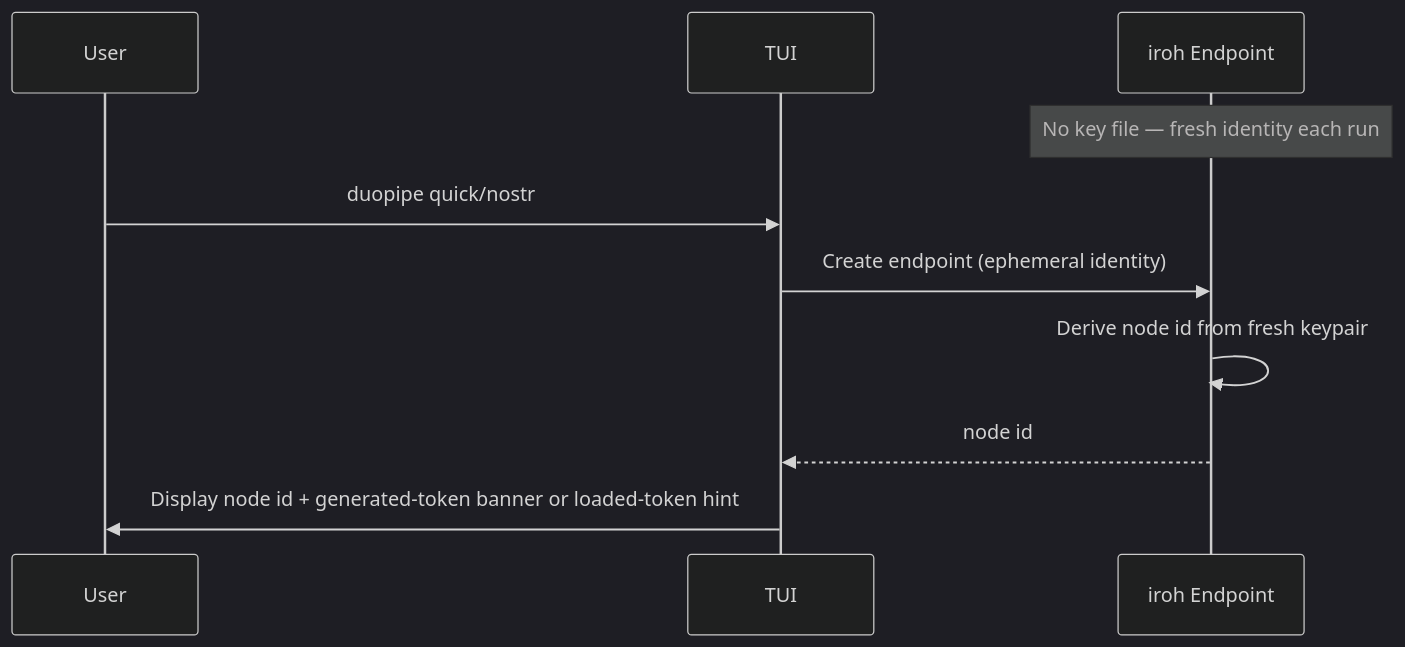
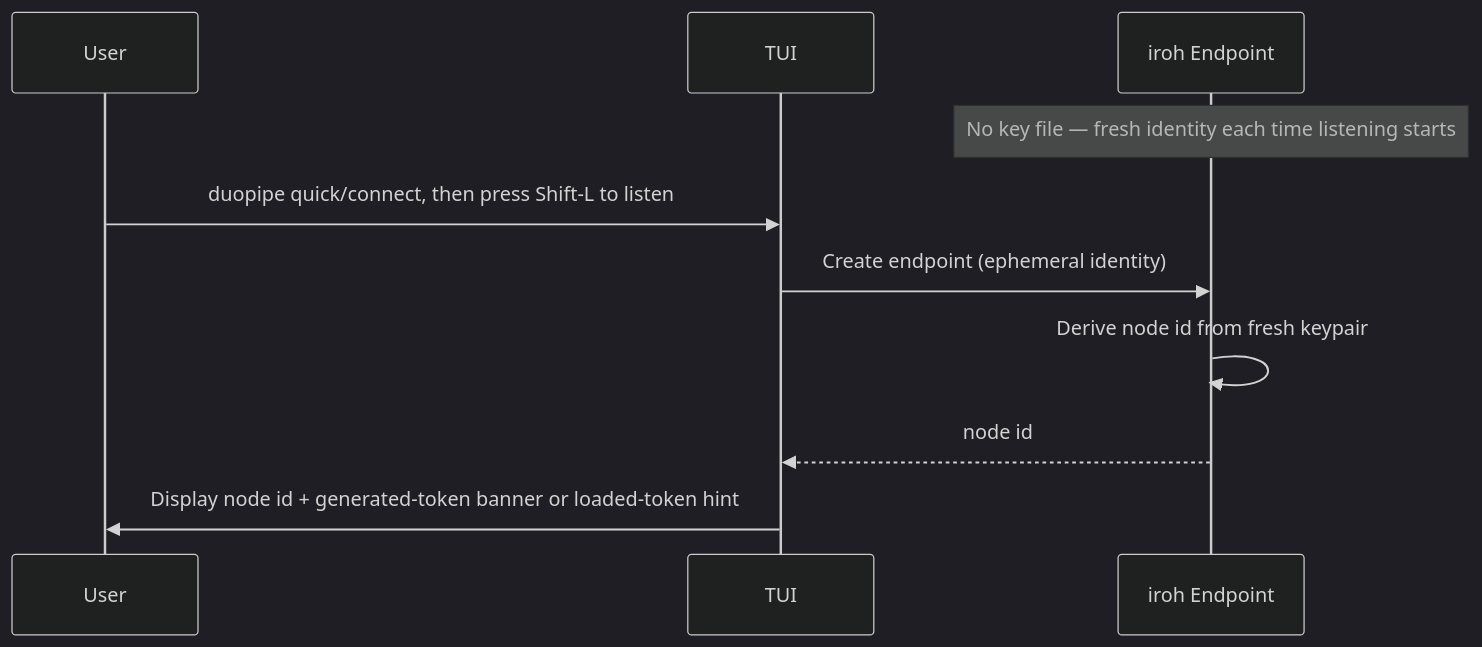
Before and after one commit to andrewtheguy/duopipe: diagram 18 of 21 in docs/ARCHITECTURE.md, drawn with Mermaid (dark theme). The commit also changed other lines of this file and 6 other files, not shown here.

````diff
--- a/docs/ARCHITECTURE.md
+++ b/docs/ARCHITECTURE.md
@@ -633,13 +633,13 @@
 ```mermaid
 sequenceDiagram
     participant User as User
     participant TUI as TUI
     participant EP as iroh Endpoint
 
-    Note over EP: No key file — fresh identity each run
-    User->>TUI: duopipe quick/nostr
+    Note over EP: No key file — fresh identity each time listening starts
+    User->>TUI: duopipe quick/connect, then press Shift-L to listen
     TUI->>EP: Create endpoint (ephemeral identity)
     EP->>EP: Derive node id from fresh keypair
     EP-->>TUI: node id
     TUI->>User: Display node id + generated-token banner or loaded-token hint
 ```
````
